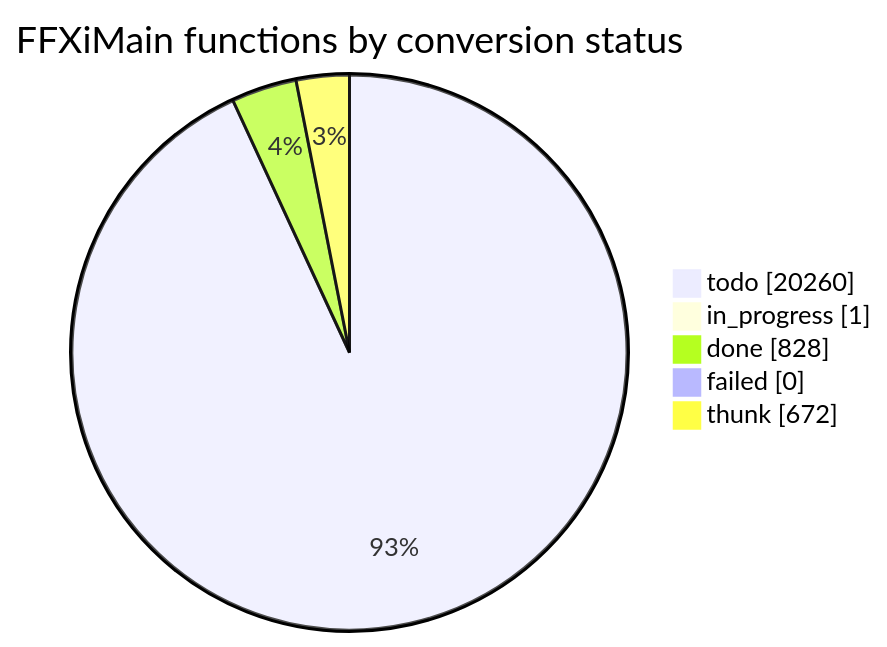
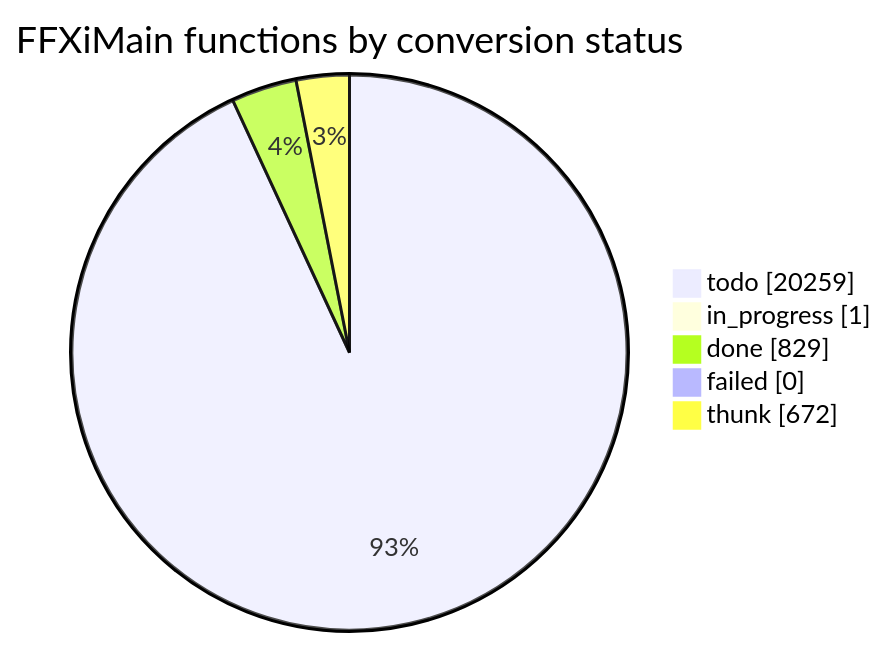
Before and after one commit to cowrevenge/cow_kuluu_xi_anything: the diagram in docs/cow/STATUS.md, drawn with Mermaid. The commit also changed other lines of this file and 9 other files, not shown here.

````diff
--- a/docs/cow/STATUS.md
+++ b/docs/cow/STATUS.md
@@ -18,9 +18,9 @@
 ```mermaid
 pie showData
     title FFXiMain functions by conversion status
-    "todo" : 20260
+    "todo" : 20259
     "in_progress" : 1
-    "done" : 828
+    "done" : 829
     "failed" : 0
     "thunk" : 672
 ```
````
